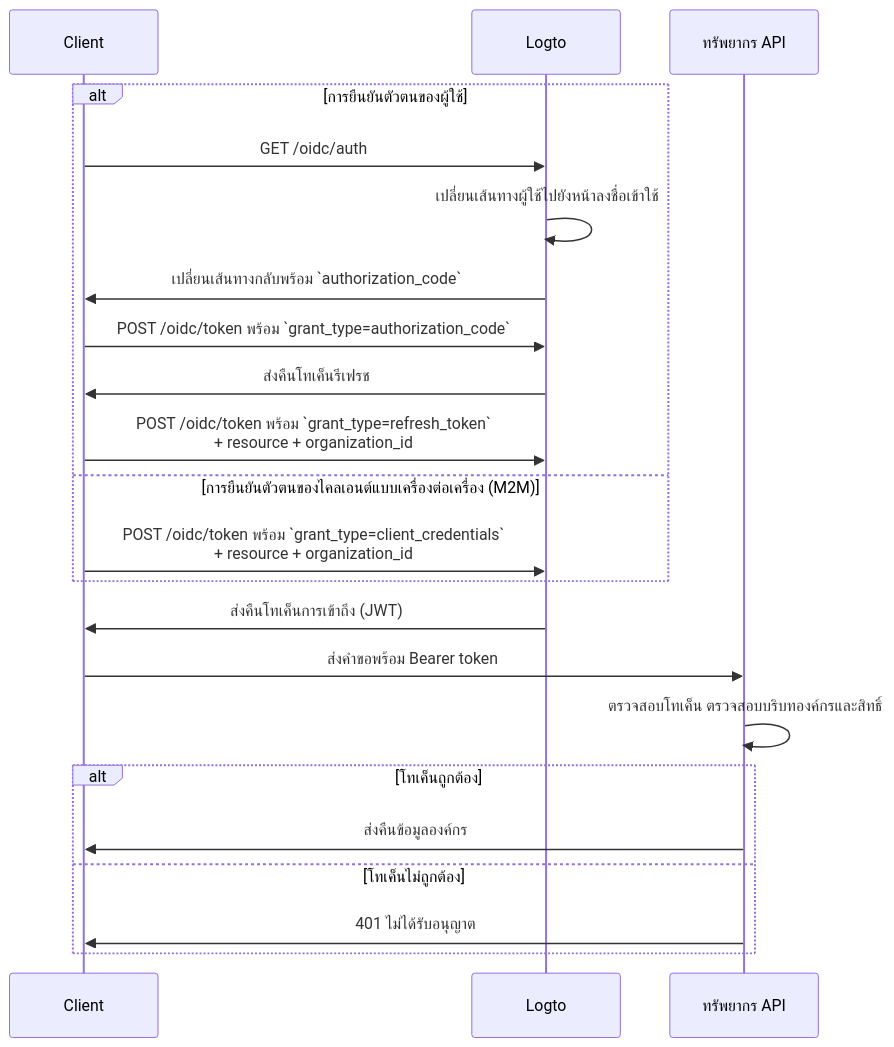
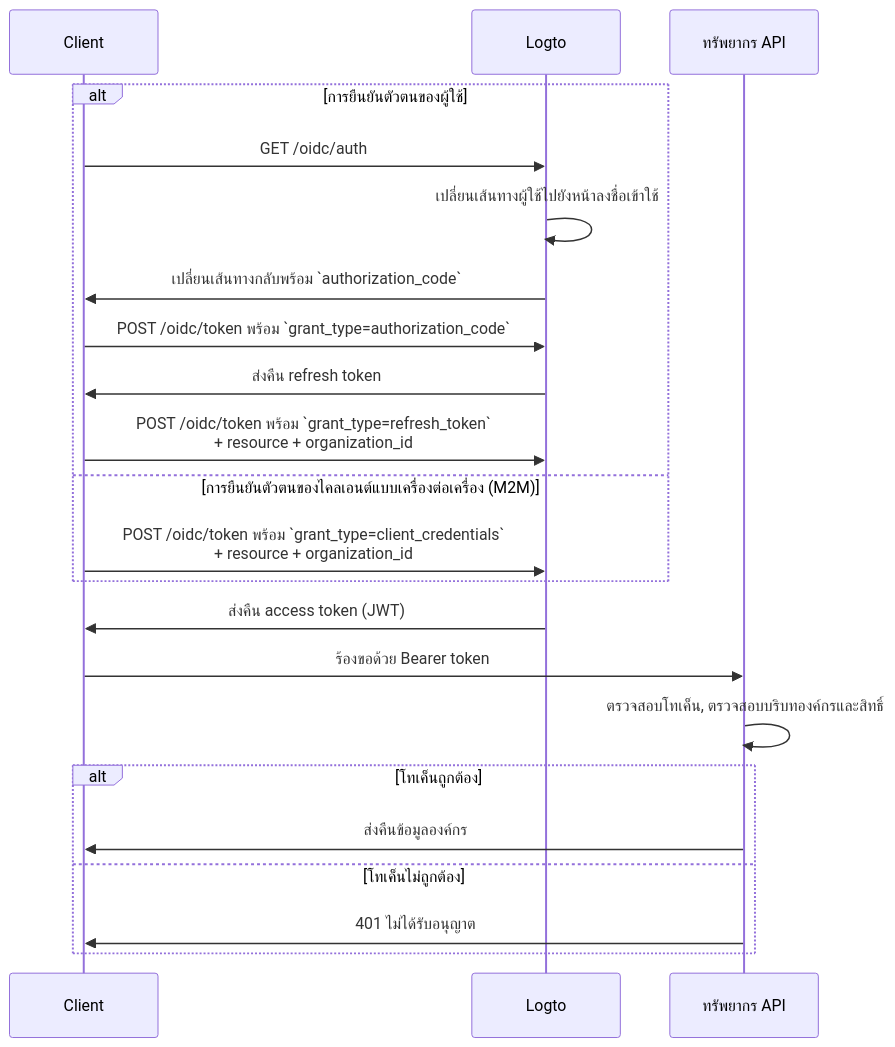
One commit to logto-io/docs changed the diagram in i18n/th/docusaurus-plugin-content-docs/current/authorization/organization-level-api-resources.mdx. Above: the diagram before and after it, drawn with Mermaid. The commit also changed other lines of this file and 36 other files, not shown here.

````diff
--- a/i18n/th/docusaurus-plugin-content-docs/current/authorization/organization-level-api-resources.mdx
+++ b/i18n/th/docusaurus-plugin-content-docs/current/authorization/organization-level-api-resources.mdx
@@ -65,27 +66,27 @@
 ```mermaid
 sequenceDiagram
     participant Client
     participant Logto
     participant API as ทรัพยากร API
 
     alt การยืนยันตัวตนของผู้ใช้
         Client->>Logto: GET /oidc/auth
         Logto->>Logto: เปลี่ยนเส้นทางผู้ใช้ไปยังหน้าลงชื่อเข้าใช้
         Logto->>Client: เปลี่ยนเส้นทางกลับพร้อม `authorization_code`
         Client->>Logto: POST /oidc/token พร้อม `grant_type=authorization_code`
-        Logto->>Client: ส่งคืนโทเค็นรีเฟรช
+        Logto->>Client: ส่งคืน refresh token
         Client->>Logto: POST /oidc/token พร้อม `grant_type=refresh_token`<br/>+ resource + organization_id
     else การยืนยันตัวตนของไคลเอนต์แบบเครื่องต่อเครื่อง (M2M)
         Client->>Logto: POST /oidc/token พร้อม `grant_type=client_credentials`<br/>+ resource + organization_id
     end
 
-    Logto->>Client: ส่งคืนโทเค็นการเข้าถึง (JWT)
-    Client->>API: ส่งคำขอพร้อม Bearer token
-    API->>API: ตรวจสอบโทเค็น ตรวจสอบบริบทองค์กรและสิทธิ์
+    Logto->>Client: ส่งคืน access token (JWT)
+    Client->>API: ร้องขอด้วย Bearer token
+    API->>API: ตรวจสอบโทเค็น, ตรวจสอบบริบทองค์กรและสิทธิ์
 
     alt โทเค็นถูกต้อง
       API->>Client: ส่งคืนข้อมูลองค์กร
     else โทเค็นไม่ถูกต้อง
       API->>Client: 401 ไม่ได้รับอนุญาต
     end
 ```
````
